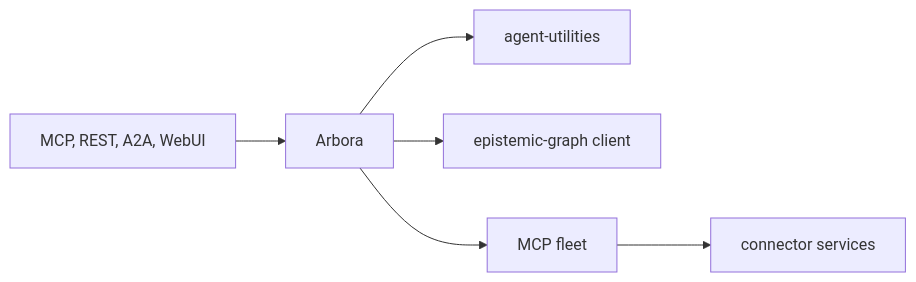
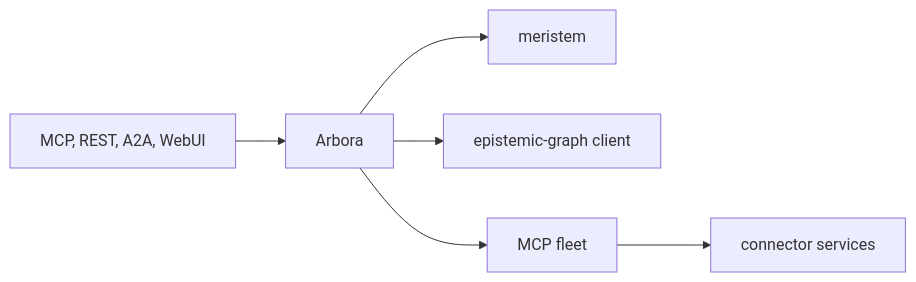
One commit to Knuckles-Team/arbora changed the diagram in arbora/skills/arbora-repository-development/SKILL.md. Above: the diagram before and after it, drawn with Mermaid. The commit also changed other lines of this file and 78 other files, not shown here.

First line of the commit message:
chore: finish the graph-os rename cutover in arbora

````diff
--- a/arbora/skills/arbora-repository-development/SKILL.md
+++ b/arbora/skills/arbora-repository-development/SKILL.md
@@ -60,8 +60,8 @@
 ```mermaid
 flowchart LR
     Clients["MCP, REST, A2A, WebUI"] --> Arbora["Arbora"]
-    Arbora --> Agents["agent-utilities"]
+    Arbora --> Agents["meristem"]
     Arbora --> EG["epistemic-graph client"]
     Arbora --> Fleet["MCP fleet"]
     Fleet --> Sources["connector services"]
 ```
````
